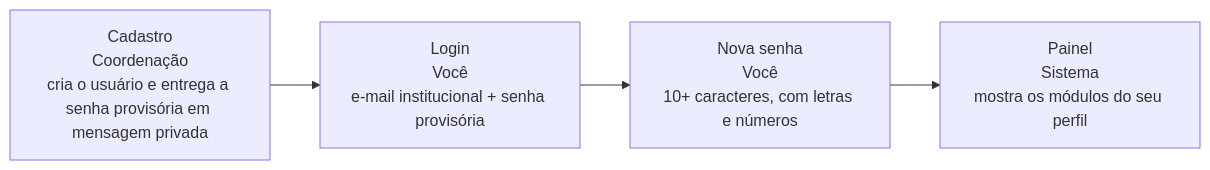
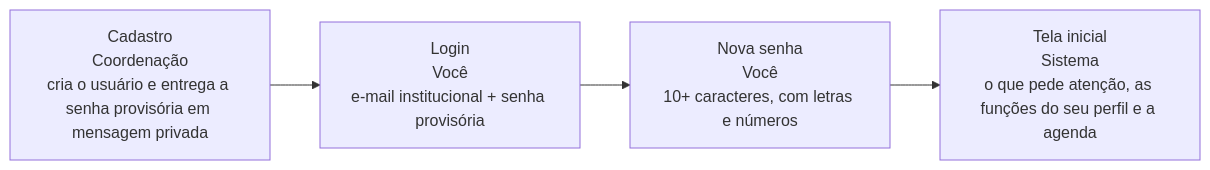
One commit to cctrc-bvg/sgc-redes-bvg changed the first of 11 diagrams in docs/MANUAL_DO_USUARIO.md. Above: the diagram before and after it, drawn with Mermaid. The commit also changed other lines of this file and 21 other files, not shown here.

First line of the commit message:
Tela inicial com prioridades, menu de funções, agenda e botão Início

````diff
--- a/docs/MANUAL_DO_USUARIO.md
+++ b/docs/MANUAL_DO_USUARIO.md
@@ -44,10 +47,10 @@
 ```mermaid
 flowchart LR
   E0["Cadastro<br/>Coordenação<br/>cria o usuário e entrega a senha provisória em mensagem privada"]
   E1["Login<br/>Você<br/>e-mail institucional + senha provisória"]
   E0 --> E1
   E2["Nova senha<br/>Você<br/>10+ caracteres, com letras e números"]
   E1 --> E2
-  E3["Painel<br/>Sistema<br/>mostra os módulos do seu perfil"]
+  E3["Tela inicial<br/>Sistema<br/>o que pede atenção, as funções do seu perfil e a agenda"]
   E2 --> E3
 ```
````
